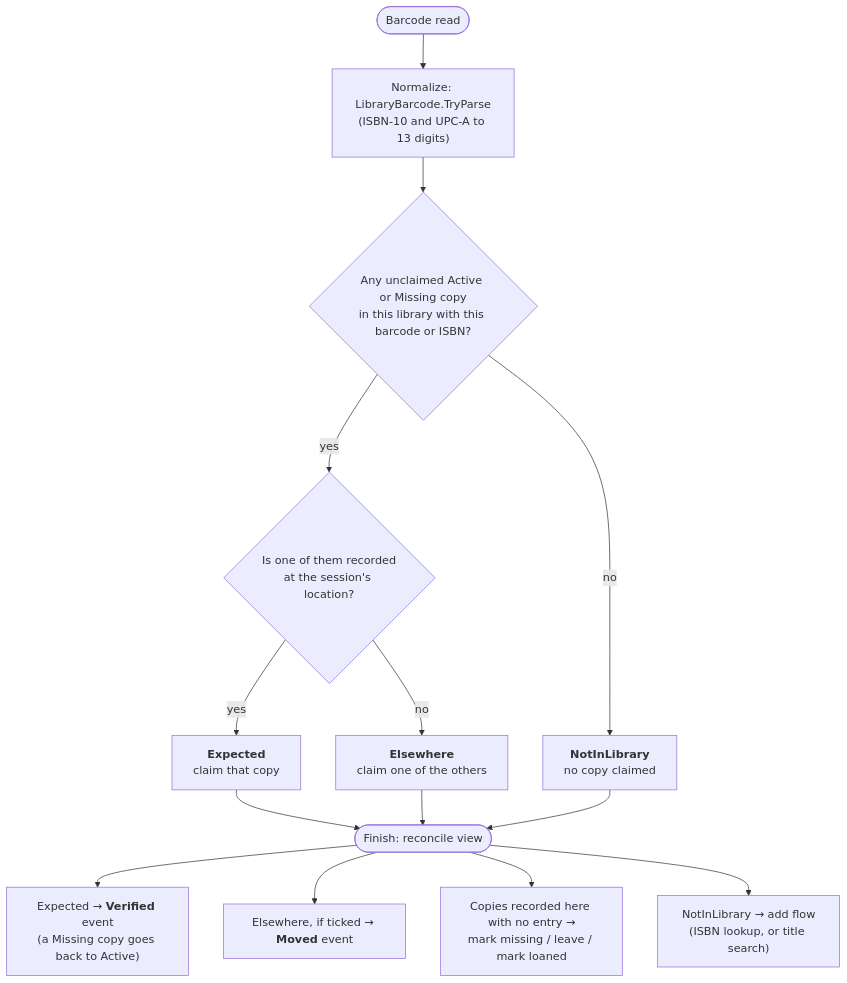
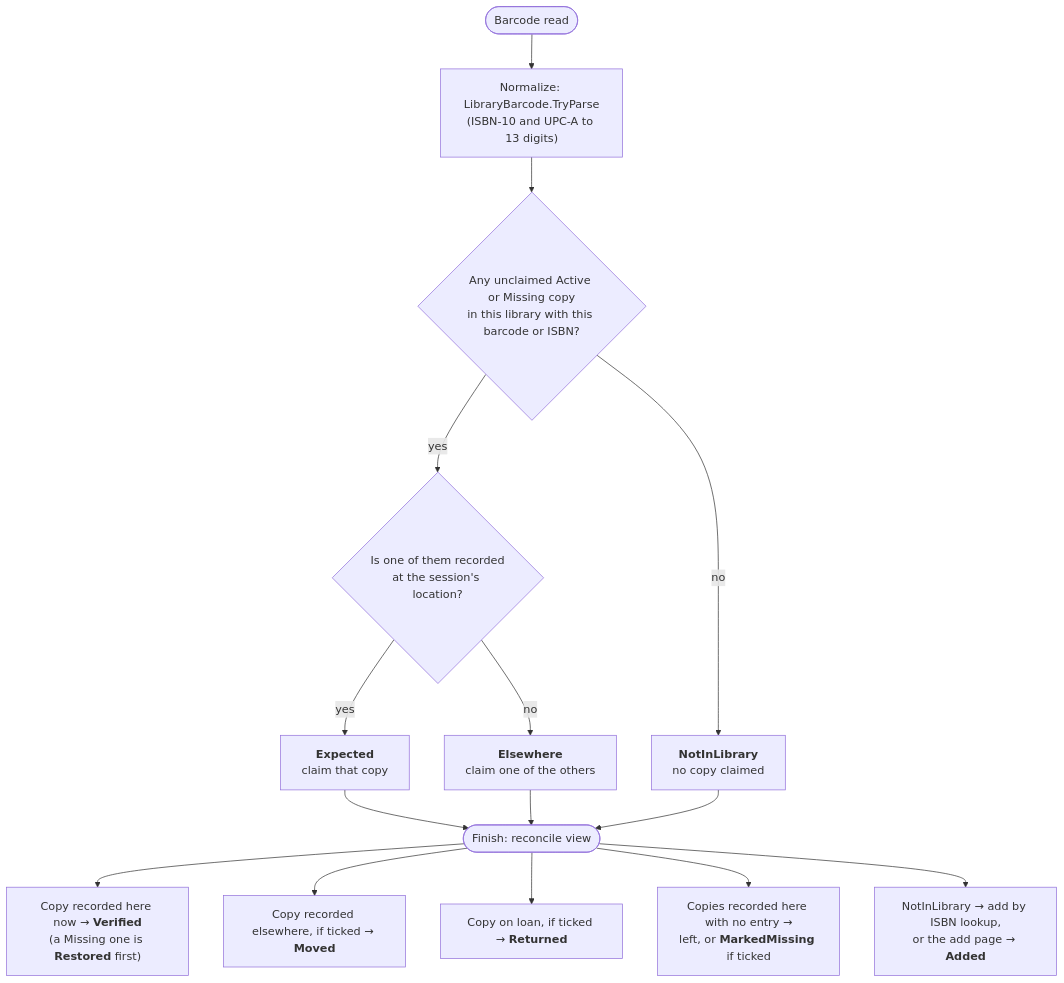
The second of 2 diagrams in docs/library.md (tompostler/number-sequence), drawn with Mermaid before and after one commit. The commit also changed other lines of this file and 26 other files, not shown here.

````diff
--- a/docs/library.md
+++ b/docs/library.md
@@ -624,15 +625,16 @@
 ```mermaid
 flowchart TD
     scan([Barcode read]) --> norm["Normalize: LibraryBarcode.TryParse<br/>(ISBN-10 and UPC-A to 13 digits)"]
     norm --> any{"Any unclaimed Active or Missing copy<br/>in this library with this barcode or ISBN?"}
     any -- no --> nil["<b>NotInLibrary</b><br/>no copy claimed"]
     any -- yes --> here{"Is one of them recorded<br/>at the session's location?"}
     here -- yes --> exp["<b>Expected</b><br/>claim that copy"]
     here -- no --> els["<b>Elsewhere</b><br/>claim one of the others"]
 
     exp & els & nil --> finish([Finish: reconcile view])
-    finish --> v["Expected → <b>Verified</b> event<br/>(a Missing copy goes back to Active)"]
-    finish --> m["Elsewhere, if ticked → <b>Moved</b> event"]
-    finish --> u["Copies recorded here with no entry →<br/>mark missing / leave / mark loaned"]
-    finish --> n["NotInLibrary → add flow<br/>(ISBN lookup, or title search)"]
+    finish --> v["Copy recorded here now → <b>Verified</b><br/>(a Missing one is <b>Restored</b> first)"]
+    finish --> m["Copy recorded elsewhere, if ticked → <b>Moved</b>"]
+    finish --> r["Copy on loan, if ticked → <b>Returned</b>"]
+    finish --> u["Copies recorded here with no entry →<br/>left, or <b>MarkedMissing</b> if ticked"]
+    finish --> n["NotInLibrary → add by ISBN lookup,<br/>or the add page → <b>Added</b>"]
 ```
````
